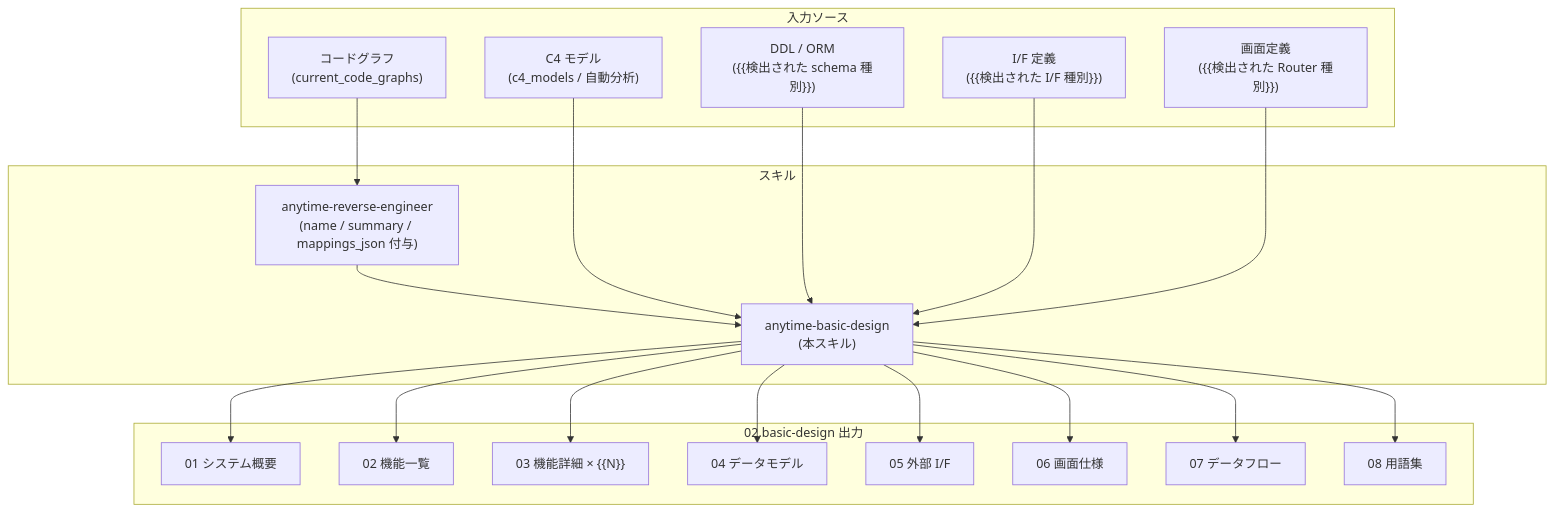
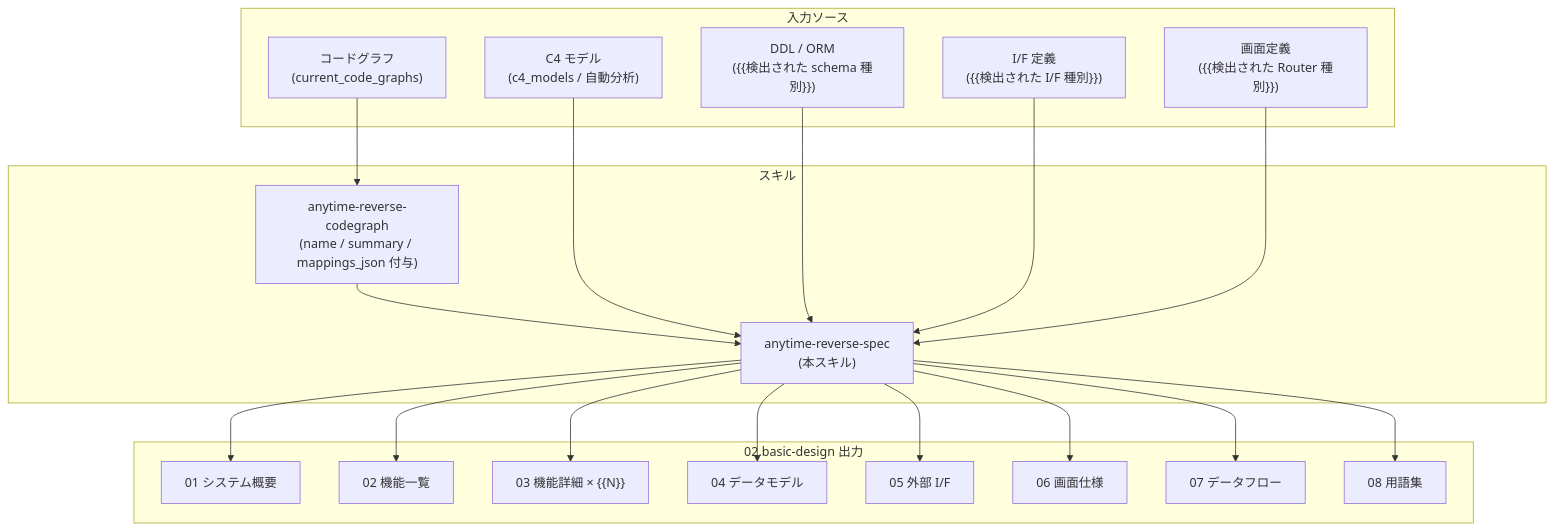
Before and after one commit to anytime-trial/anytime-markdown: the diagram in packages/vscode-trail-extension/skills/anytime-reverse-spec/templates/00-index.ja.md, drawn with Mermaid. The commit also changed other lines of this file and 4 other files, not shown here.

````diff
--- a/packages/vscode-trail-extension/skills/anytime-reverse-spec/templates/00-index.ja.md
+++ b/packages/vscode-trail-extension/skills/anytime-reverse-spec/templates/00-index.ja.md
@@ -54,41 +54,41 @@
 ```mermaid
 flowchart TB
     subgraph Source["入力ソース"]
         codeGraph["コードグラフ<br/>(current_code_graphs)"]
         c4Model["C4 モデル<br/>(c4_models / 自動分析)"]
         ddl["DDL / ORM<br/>({{検出された schema 種別}})"]
         iface["I/F 定義<br/>({{検出された I/F 種別}})"]
         screen["画面定義<br/>({{検出された Router 種別}})"]
     end
 
     subgraph Skills["スキル"]
-        rev["anytime-reverse-engineer<br/>(name / summary / mappings_json 付与)"]
-        bd["anytime-basic-design<br/>(本スキル)"]
+        rev["anytime-reverse-codegraph<br/>(name / summary / mappings_json 付与)"]
+        bd["anytime-reverse-spec<br/>(本スキル)"]
     end
 
     subgraph Output["02.basic-design 出力"]
         ch1["01 システム概要"]
         ch2["02 機能一覧"]
         ch3["03 機能詳細 × {{N}}"]
         ch4["04 データモデル"]
         ch5["05 外部 I/F"]
         ch6["06 画面仕様"]
         ch7["07 データフロー"]
         ch8["08 用語集"]
     end
 
     codeGraph --> rev
     rev --> bd
     c4Model --> bd
     ddl --> bd
     iface --> bd
     screen --> bd
     bd --> ch1
     bd --> ch2
     bd --> ch3
     bd --> ch4
     bd --> ch5
     bd --> ch6
     bd --> ch7
     bd --> ch8
 ```
````
